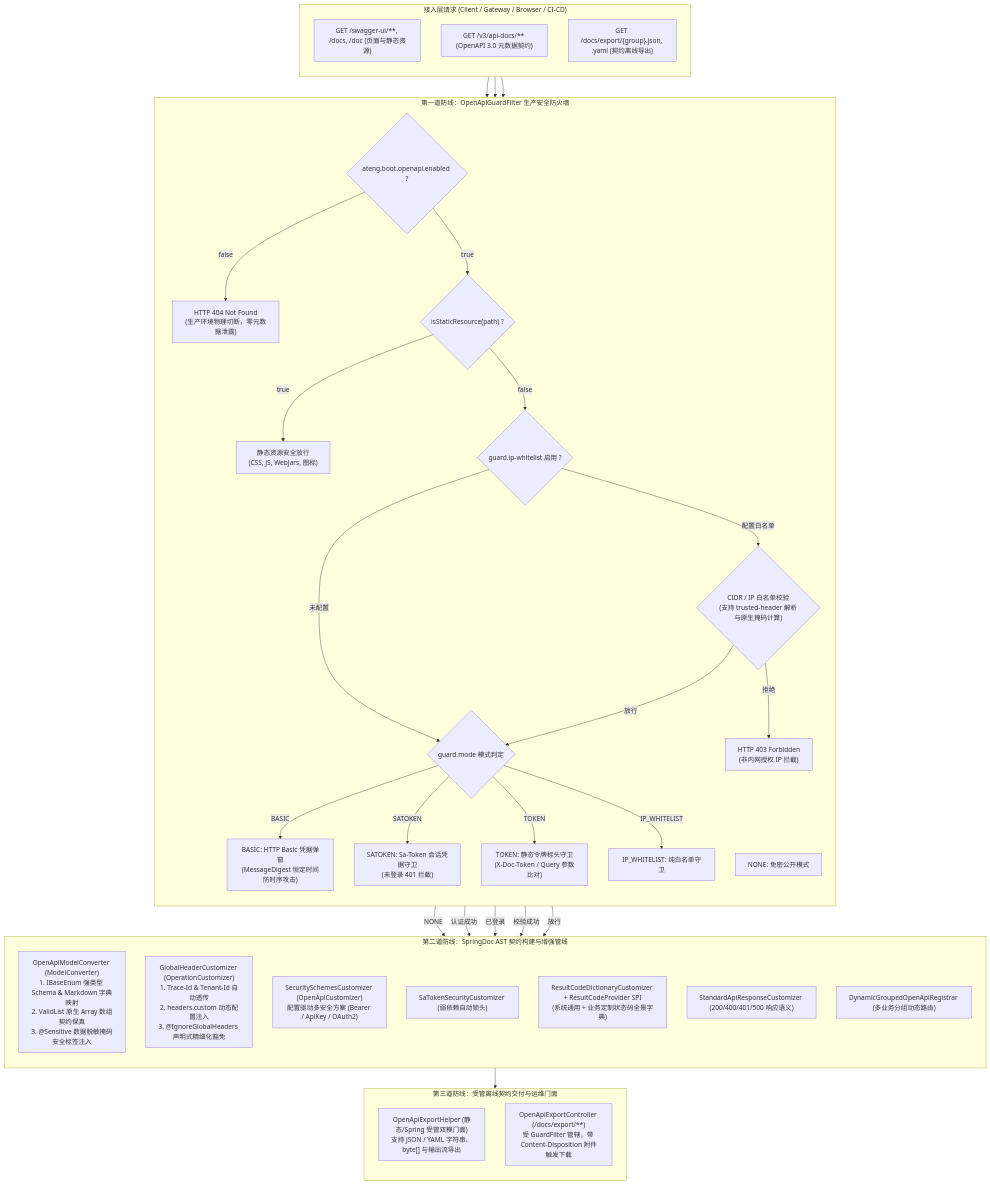
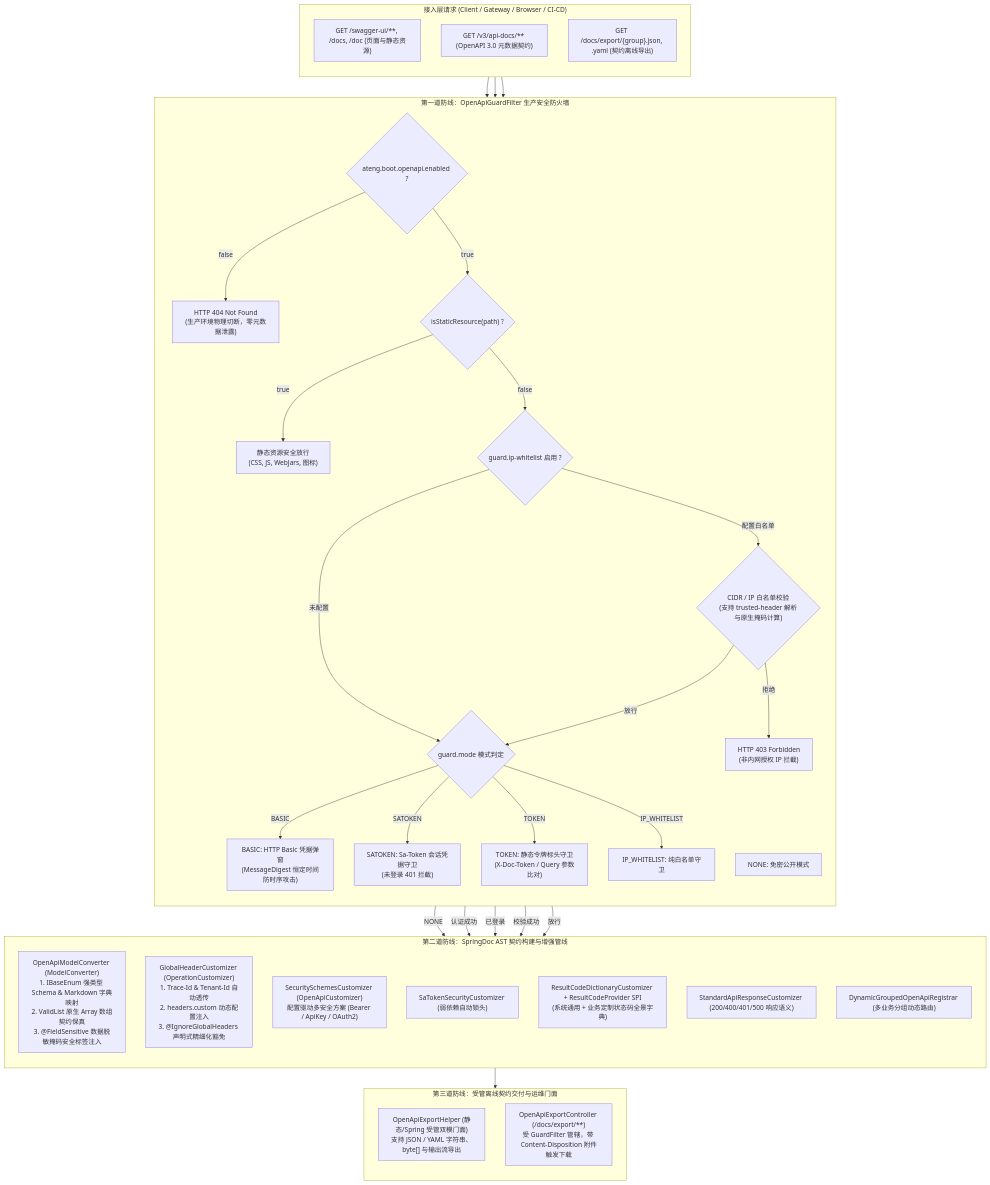
One commit to atengk/ateng-boot changed the diagram in ateng-boot-openapi/README.md. Above: the diagram before and after it, drawn with Mermaid. The commit also changed other lines of this file and 1 other file, not shown here.

````diff
--- a/ateng-boot-openapi/README.md
+++ b/ateng-boot-openapi/README.md
@@ -99,75 +105,75 @@
 ```mermaid
 flowchart TD
     subgraph ClientLayer["接入层请求 (Client / Gateway / Browser / CI-CD)"]
         direction TB
         REQ_UI["GET /swagger-ui/**, /docs, /doc (页面与静态资源)"]
         REQ_META["GET /v3/api-docs/** (OpenAPI 3.0 元数据契约)"]
         REQ_EXPORT["GET /docs/export/{group}.json, .yaml (契约离线导出)"]
     end
 
     subgraph SecurityFirewall["第一道防线：OpenApiGuardFilter 生产安全防火墙"]
         direction TB
         CHECK_ENABLED{"ateng.boot.openapi.enabled ?"}
         CUTOFF_404["HTTP 404 Not Found<br/>(生产环境物理切断，零元数据泄露)"]
         
         CHECK_STATIC{"isStaticResource(path) ?"}
         STATIC_PASS["静态资源安全放行<br/>(CSS, JS, WebJars, 图标)"]
 
         CHECK_IP{"guard.ip-whitelist 启用 ?"}
         IP_MATCH{"CIDR / IP 白名单校验<br/>(支持 trusted-header 解析与原生掩码计算)"}
         IP_REJECT["HTTP 403 Forbidden<br/>(非内网授权 IP 拦截)"]
 
         CHECK_MODE{"guard.mode 模式判定"}
         MODE_NONE["NONE: 免密公开模式"]
         MODE_BASIC["BASIC: HTTP Basic 凭据弹窗<br/>(MessageDigest 恒定时间防时序攻击)"]
         MODE_SATOKEN["SATOKEN: Sa-Token 会话凭据守卫<br/>(未登录 401 拦截)"]
         MODE_TOKEN["TOKEN: 静态令牌标头守卫<br/>(X-Doc-Token / Query 参数比对)"]
         MODE_IP["IP_WHITELIST: 纯白名单守卫"]
     end
 
     subgraph AstPipeline["第二道防线：SpringDoc AST 契约构建与增强管线"]
         direction TB
-        CONV_MODEL["OpenApiModelConverter (ModelConverter)<br/>1. IBaseEnum 强类型 Schema & Markdown 字典映射<br/>2. ValidList 原生 Array 数组契约保真<br/>3. @Sensitive 数据脱敏掩码安全标签注入"]
+        CONV_MODEL["OpenApiModelConverter (ModelConverter)<br/>1. IBaseEnum 强类型 Schema & Markdown 字典映射<br/>2. ValidList 原生 Array 数组契约保真<br/>3. @FieldSensitive 数据脱敏掩码安全标签注入"]
         
         CUSTOM_HEADER["GlobalHeaderCustomizer (OperationCustomizer)<br/>1. Trace-Id & Tenant-Id 自动透传<br/>2. headers.custom 动态配置注入<br/>3. @IgnoreGlobalHeaders 声明式精细化豁免"]
         
         CUSTOM_SEC["SecuritySchemesCustomizer (OpenApiCustomizer)<br/>配置驱动多安全方案 (Bearer / ApiKey / OAuth2)"]
         CUSTOM_SATOKEN["SaTokenSecurityCustomizer (弱依赖自动锁头)"]
         CUSTOM_DICT["ResultCodeDictionaryCustomizer + ResultCodeProvider SPI<br/>(系统通用 + 业务定制状态码全景字典)"]
         CUSTOM_RESP["StandardApiResponseCustomizer (200/400/401/500 响应语义)"]
         DYNAMIC_GROUP["DynamicGroupedOpenApiRegistrar (多业务分组动态路由)"]
     end
 
     subgraph ExportFacade["第三道防线：受管离线契约交付与运维门面"]
         direction TB
         FACADE_HELPER["OpenApiExportHelper (静态/Spring 受管双模门面)<br/>支持 JSON / YAML 字符串、byte[] 与输出流导出"]
         EXPORT_CTRL["OpenApiExportController (/docs/export/**)<br/>受 GuardFilter 管辖，带 Content-Disposition 附件触发下载"]
     end
 
     REQ_UI --> CHECK_ENABLED
     REQ_META --> CHECK_ENABLED
     REQ_EXPORT --> CHECK_ENABLED
 
     CHECK_ENABLED -- false --> CUTOFF_404
     CHECK_ENABLED -- true --> CHECK_STATIC
     CHECK_STATIC -- true --> STATIC_PASS
     CHECK_STATIC -- false --> CHECK_IP
 
     CHECK_IP -- 未配置 --> CHECK_MODE
     CHECK_IP -- 配置白名单 --> IP_MATCH
     IP_MATCH -- 拒绝 --> IP_REJECT
     IP_MATCH -- 放行 --> CHECK_MODE
 
     CHECK_MODE -- NONE --> AstPipeline
     CHECK_MODE -- BASIC --> MODE_BASIC
     CHECK_MODE -- SATOKEN --> MODE_SATOKEN
     CHECK_MODE -- TOKEN --> MODE_TOKEN
     CHECK_MODE -- IP_WHITELIST --> MODE_IP
 
     MODE_BASIC -- 认证成功 --> AstPipeline
     MODE_SATOKEN -- 已登录 --> AstPipeline
     MODE_TOKEN -- 校验成功 --> AstPipeline
     MODE_IP -- 放行 --> AstPipeline
 
     AstPipeline --> ExportFacade
 ```
````
